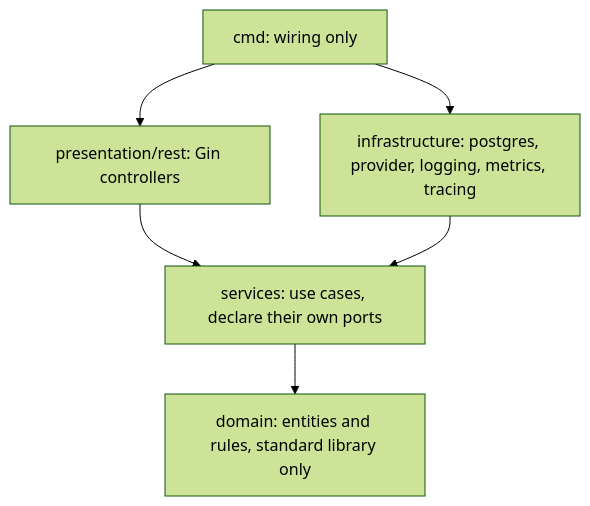
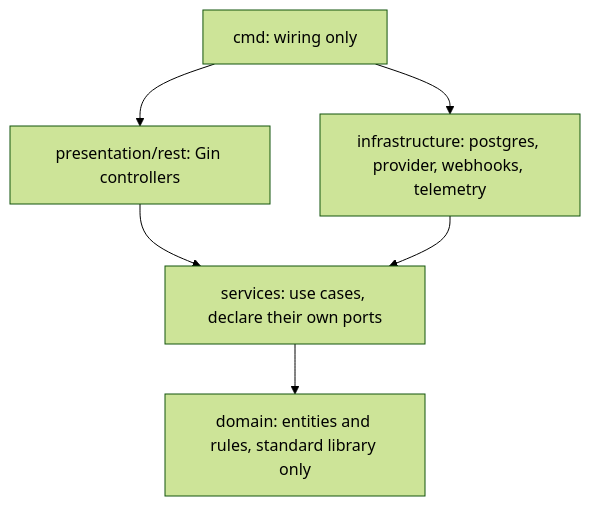
Before and after one commit to UrielJaloto/paygo: the diagram in README.md, drawn with Mermaid (forest theme). The commit also changed other lines of this file, not shown here.

````diff
--- a/README.md
+++ b/README.md
@@ -20,8 +19,8 @@
 ```mermaid
 flowchart TD
     cmd["cmd: wiring only"] --> presentation["presentation/rest: Gin controllers"]
-    cmd --> infrastructure["infrastructure: postgres, provider, logging, metrics, tracing"]
+    cmd --> infrastructure["infrastructure: postgres, provider, webhooks, telemetry"]
     presentation --> services["services: use cases, declare their own ports"]
     infrastructure --> services
     services --> domain["domain: entities and rules, standard library only"]
 ```
````
